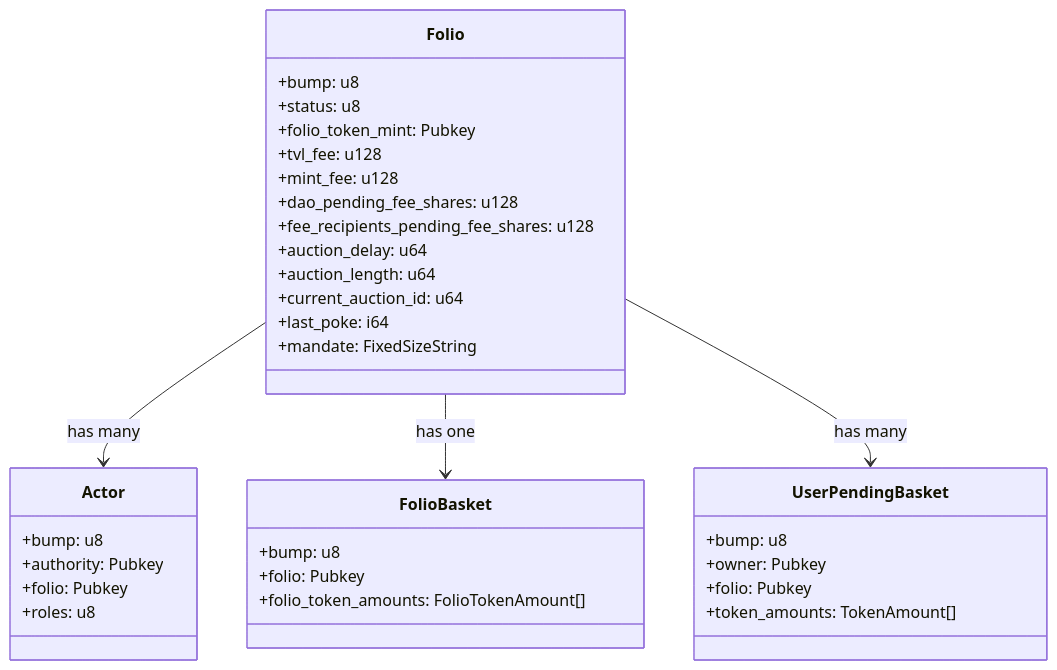
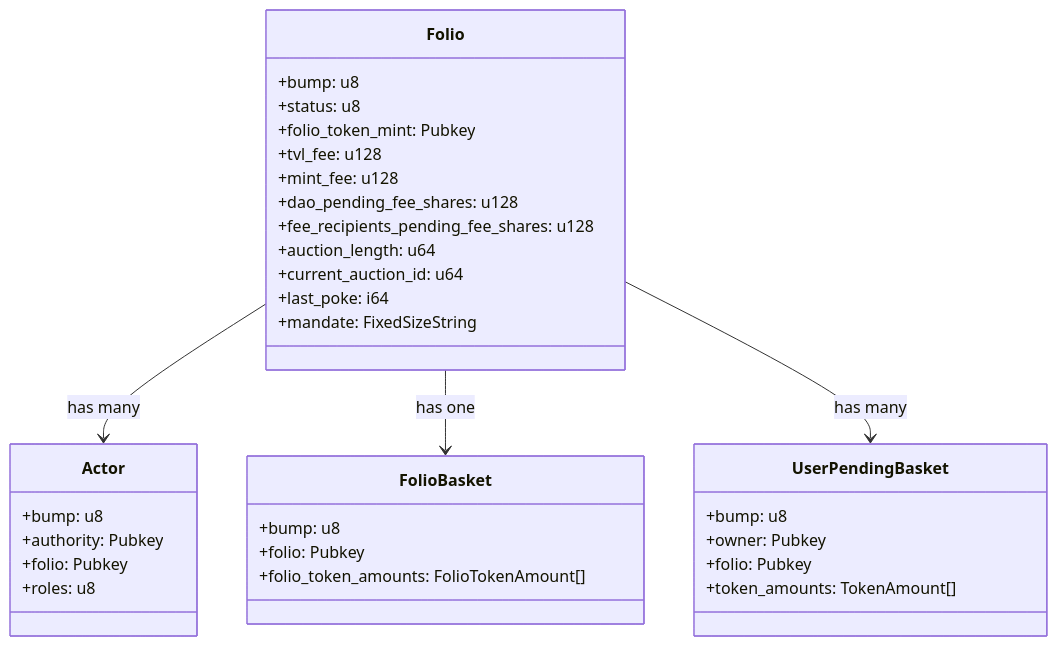
One commit to reserve-protocol/reserve-index-dtfs-solana changed the first of 6 diagrams in README.md. Above: the diagram before and after it, drawn with Mermaid. The commit also changed 52 other files, not shown here.

````diff
--- a/README.md
+++ b/README.md
@@ -443,41 +443,40 @@
 ```mermaid
 classDiagram
     class Folio {
         +bump: u8
         +status: u8
         +folio_token_mint: Pubkey
         +tvl_fee: u128
         +mint_fee: u128
         +dao_pending_fee_shares: u128
         +fee_recipients_pending_fee_shares: u128
-        +auction_delay: u64
         +auction_length: u64
         +current_auction_id: u64
         +last_poke: i64
         +mandate: FixedSizeString
     }
 
     class Actor {
         +bump: u8
         +authority: Pubkey
         +folio: Pubkey
         +roles: u8
     }
 
     class FolioBasket {
         +bump: u8
         +folio: Pubkey
         +folio_token_amounts: FolioTokenAmount[]
     }
 
     class UserPendingBasket {
         +bump: u8
         +owner: Pubkey
         +folio: Pubkey
         +token_amounts: TokenAmount[]
     }
 
     Folio --> Actor: has many
     Folio --> FolioBasket: has one
     Folio --> UserPendingBasket: has many
 ```
````
